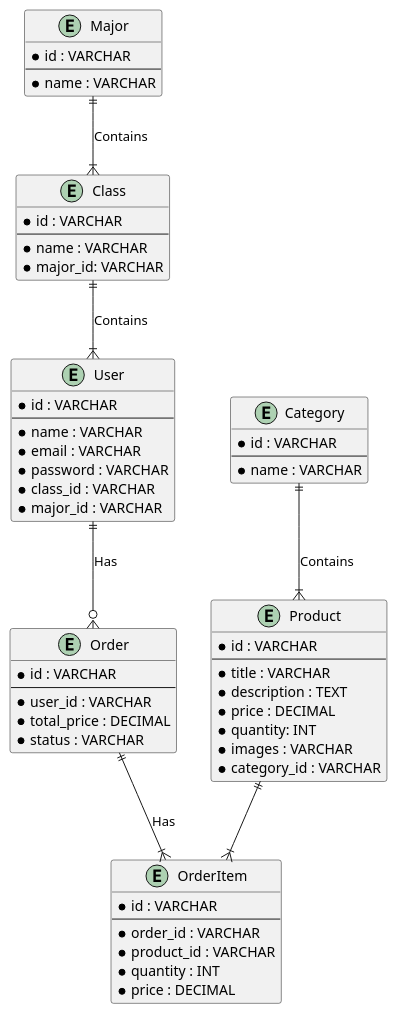
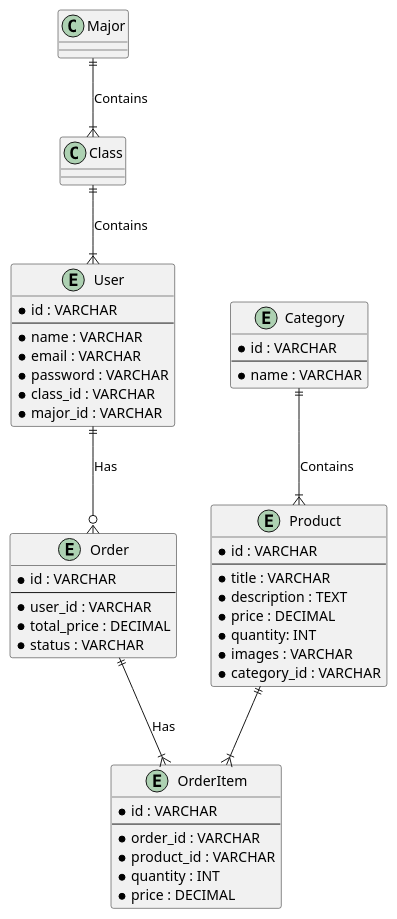
The diagram in database-design.puml (abirangers/toko-john), drawn with PlantUML before and after one commit. The commit also changed 183 other files, not shown here.

```diff
--- a/database-design.puml
+++ b/database-design.puml
@@ -1,67 +1,54 @@
 @startuml
 
 entity Product {
     * id : VARCHAR
     --
     * title : VARCHAR
     * description : TEXT
     * price : DECIMAL
     * quantity: INT
     * images : VARCHAR
     * category_id : VARCHAR
 }
 
 entity Category {
-    * id : VARCHAR
-    --
-    * name : VARCHAR
-}
-
-entity Class {
-    * id : VARCHAR
-    --
-    * name : VARCHAR
-    * major_id: VARCHAR
-}
-
-entity Major {
     * id : VARCHAR
     --
     * name : VARCHAR
 }
 
 entity User {
     * id : VARCHAR
     --
     * name : VARCHAR
     * email : VARCHAR
     * password : VARCHAR
     * class_id : VARCHAR
     * major_id : VARCHAR
 }
 
 entity Order {
     * id : VARCHAR
     --
     * user_id : VARCHAR
     * total_price : DECIMAL
     * status : VARCHAR
 }
 
 entity OrderItem {
     * id : VARCHAR
     --
     * order_id : VARCHAR
     * product_id : VARCHAR
     * quantity : INT
     * price : DECIMAL
 }
 
 Category ||--|{ Product : Contains
 Major ||--|{ Class : Contains
 Class ||--|{ User : Contains
 User ||--o{ Order : Has
 Order ||--|{ OrderItem : Has
 Product ||--|{ OrderItem
 
 @enduml
```
